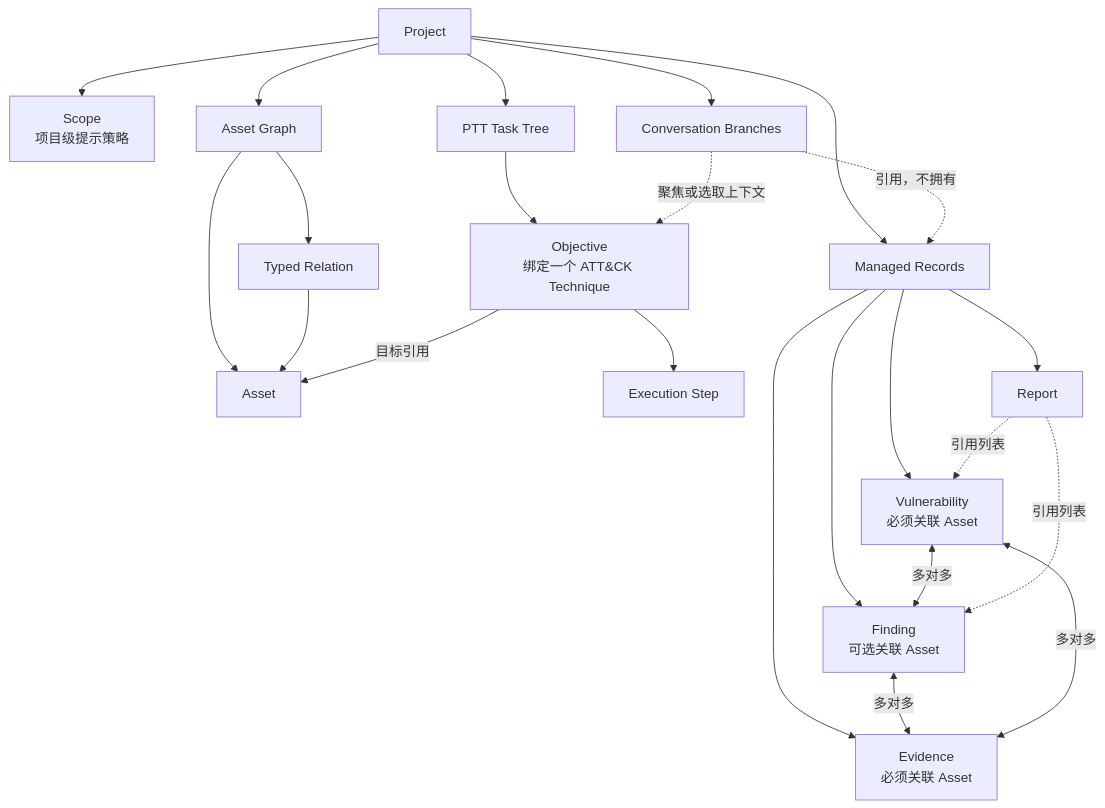
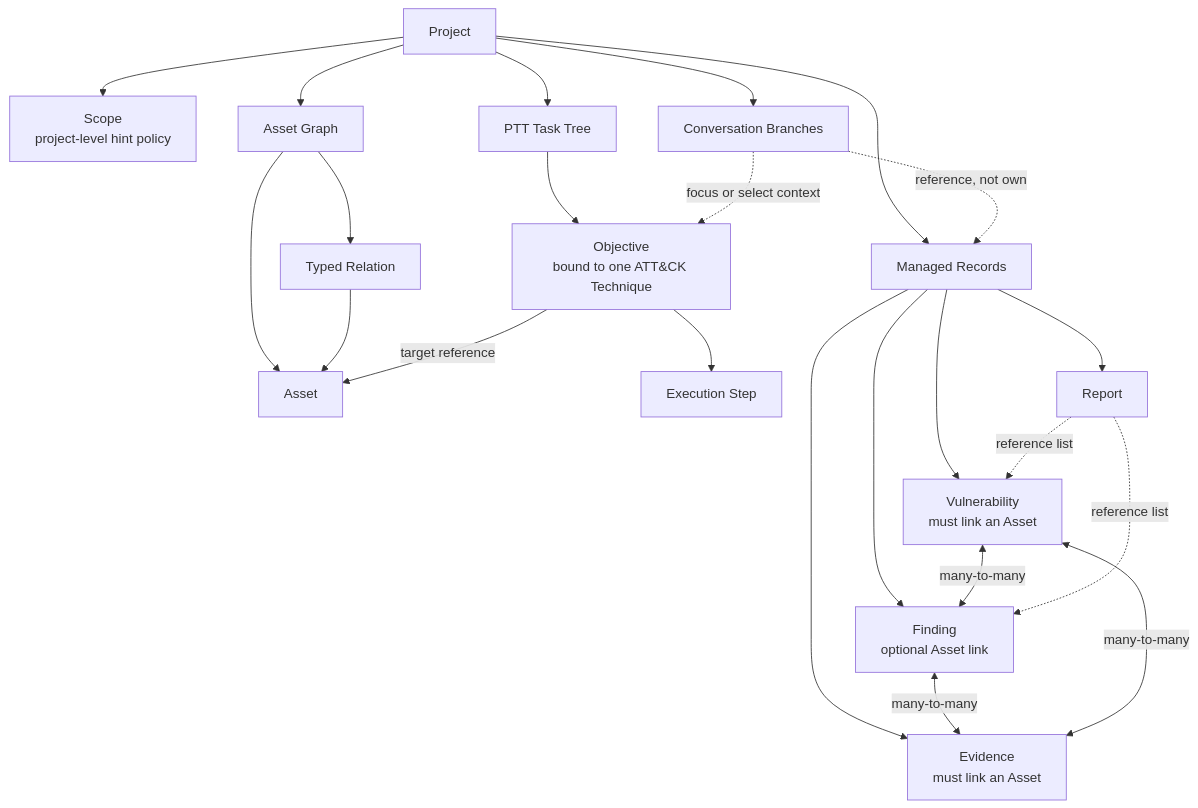
One commit to ABSllk/Hexestra changed the diagram in docs/domain-model.md. Above: the diagram before and after it, drawn with Mermaid. The commit also changed other lines of this file and 13 other files, not shown here.

````diff
--- a/docs/domain-model.md
+++ b/docs/domain-model.md
@@ -14,30 +13,30 @@
 ```mermaid
 flowchart TD
-    P["Project"] --> S["Scope<br/>项目级提示策略"]
+    P["Project"] --> S["Scope<br/>project-level hint policy"]
     P --> G["Asset Graph"]
     P --> T["PTT Task Tree"]
     P --> R["Managed Records"]
     P --> C["Conversation Branches"]
 
     G --> A["Asset"]
     G --> E["Typed Relation"]
     E --> A
 
-    T --> O["Objective<br/>绑定一个 ATT&CK Technique"]
+    T --> O["Objective<br/>bound to one ATT&CK Technique"]
     O --> ST["Execution Step"]
-    O -->|"目标引用"| A
+    O -->|"target reference"| A
 
-    R --> EV["Evidence<br/>必须关联 Asset"]
-    R --> F["Finding<br/>可选关联 Asset"]
-    R --> V["Vulnerability<br/>必须关联 Asset"]
+    R --> EV["Evidence<br/>must link an Asset"]
+    R --> F["Finding<br/>optional Asset link"]
+    R --> V["Vulnerability<br/>must link an Asset"]
     R --> RP["Report"]
 
-    F <-->|"多对多"| EV
-    V <-->|"多对多"| F
-    V <-->|"多对多"| EV
-    RP -.->|"引用列表"| F
-    RP -.->|"引用列表"| V
+    F <-->|"many-to-many"| EV
+    V <-->|"many-to-many"| F
+    V <-->|"many-to-many"| EV
+    RP -.->|"reference list"| F
+    RP -.->|"reference list"| V
 
-    C -.->|"聚焦或选取上下文"| O
-    C -.->|"引用，不拥有"| R
+    C -.->|"focus or select context"| O
+    C -.->|"reference, not own"| R
 ```
````
